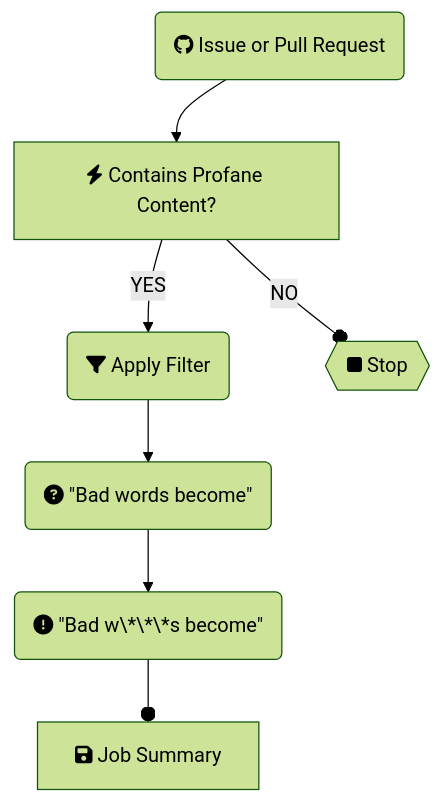
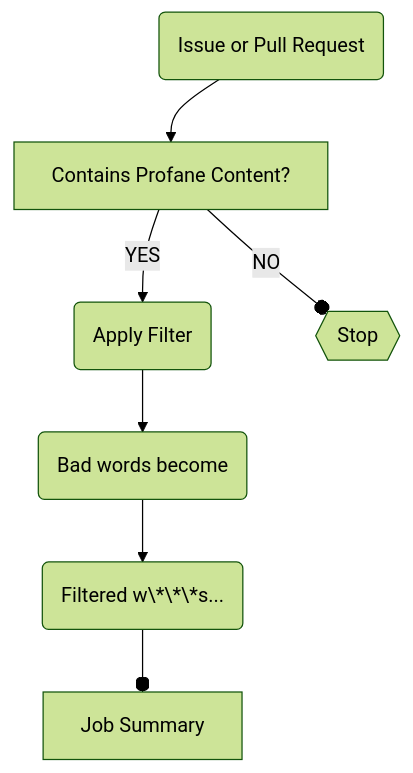
One commit to IEvangelist/profanity-filter changed the diagram in README.md. Above: the diagram before and after it, drawn with Mermaid (forest theme). The commit also changed other lines of this file, not shown here.

Commit message:
More diagram fixes

````diff
--- a/README.md
+++ b/README.md
@@ -123,10 +125,10 @@
 ```mermaid
 flowchart TD
-    A(fab:fa-github Issue or Pull Request)
-      --> B[fas:fa-bolt Contains Profane Content?]
-    B -->|YES| C(fa:fa-filter Apply Filter)
-      --> E(fas:fa-question-circle &quot;Bad words become&quot;)
-      --> F(fas:fa-exclamation-circle &quot;Bad w\*\*\*s become&quot;)
-      --o G[fa:fa-save Job Summary]
-    B --o|NO| D{{fa:fa-stop Stop}} ~~~A
+    A(Issue or Pull Request)
+      --> B[Contains Profane Content?]
+    B -->|YES| C(Apply Filter)
+      --> E(Bad words become)
+      --> F(Filtered w\*\*\*s...)
+      --o G[Job Summary]
+    B --o|NO| D{{Stop}} ~~~A
 ```
````
